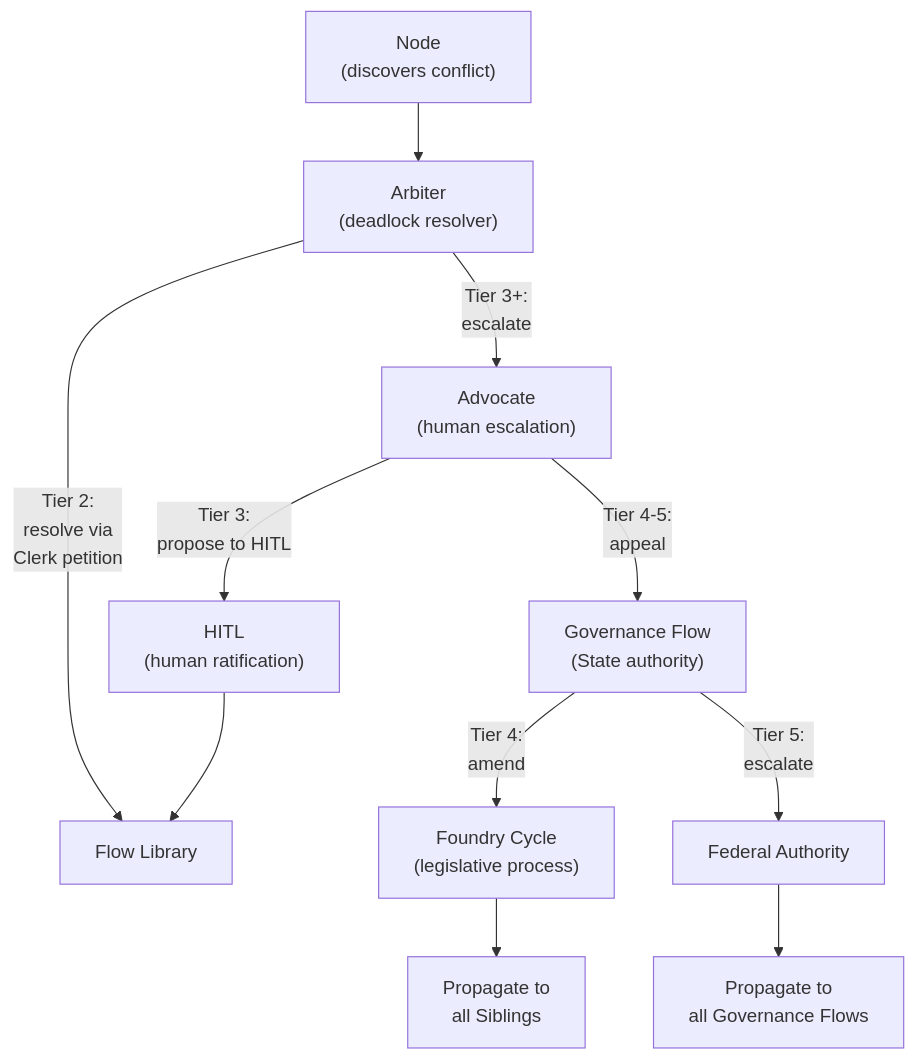
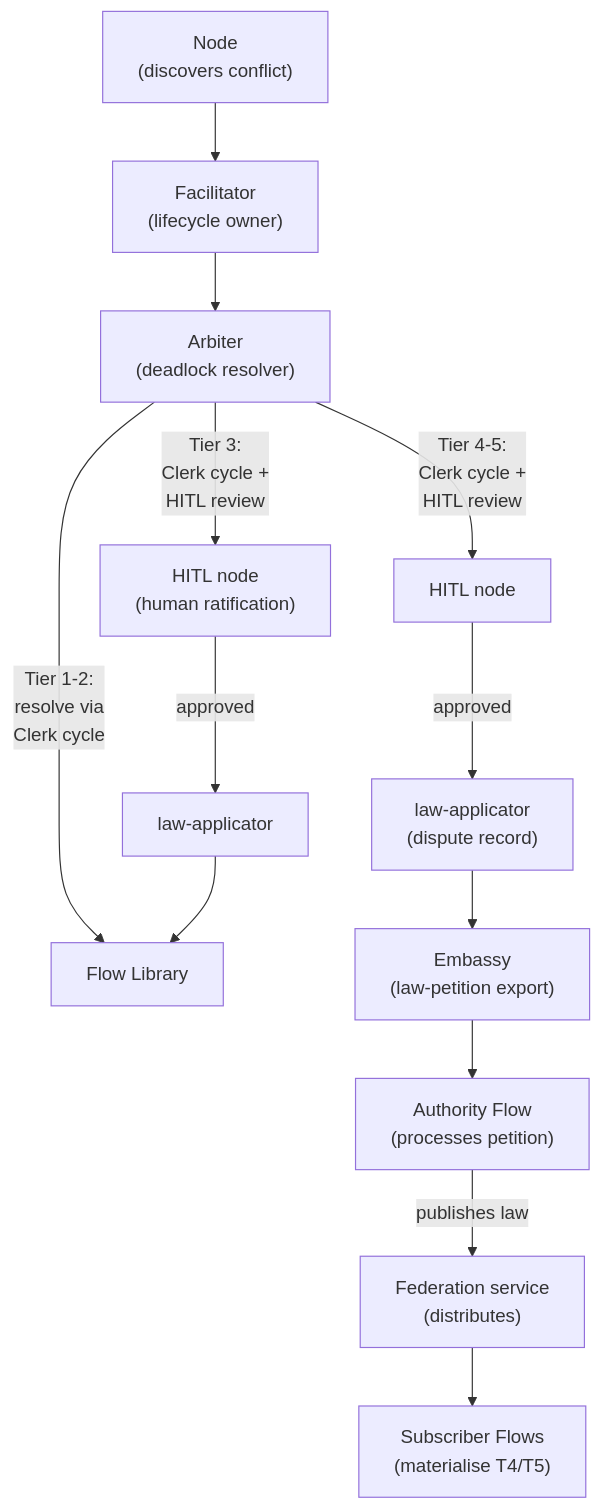
One commit to really-knows-ai/gideas changed the second of 2 diagrams in specs/01-concepts/04-governance.md. Above: the diagram before and after it, drawn with Mermaid. The commit also changed other lines of this file and 28 other files, not shown here.

First line of the commit message:
docs: rewrite Phase 10 specs for Embassy and Federation

````diff
--- a/specs/01-concepts/04-governance.md
+++ b/specs/01-concepts/04-governance.md
@@ -256,13 +186,15 @@
 ```mermaid
 flowchart TD
-    Node["Node<br/>(discovers conflict)"] --> Arbiter["Arbiter<br/>(deadlock resolver)"]
-    Arbiter -->|"Tier 2:<br/>resolve via<br/>Clerk petition"| Library["Flow Library"]
-    Arbiter -->|"Tier 3+:<br/>escalate"| Advocate["Advocate<br/>(human escalation)"]
-    Advocate -->|"Tier 3:<br/>propose to HITL"| HITL["HITL<br/>(human ratification)"]
-    HITL --> Library
-    Advocate -->|"Tier 4-5:<br/>appeal"| GovFlow["Governance Flow<br/>(State authority)"]
-    GovFlow -->|"Tier 4:<br/>amend"| GovCycle["Foundry Cycle<br/>(legislative process)"]
-    GovCycle --> Propagate["Propagate to<br/>all Siblings"]
-    GovFlow -->|"Tier 5:<br/>escalate"| Federal["Federal Authority"]
-    Federal --> FedPropagate["Propagate to<br/>all Governance Flows"]
+    Node["Node<br/>(discovers conflict)"] --> Facilitator["Facilitator<br/>(lifecycle owner)"]
+    Facilitator --> Arbiter["Arbiter<br/>(deadlock resolver)"]
+    Arbiter -->|"Tier 1-2:<br/>resolve via<br/>Clerk cycle"| Library["Flow Library"]
+    Arbiter -->|"Tier 3:<br/>Clerk cycle +<br/>HITL review"| HITL["HITL node<br/>(human ratification)"]
+    HITL -->|"approved"| LA["law-applicator"]
+    LA --> Library
+    Arbiter -->|"Tier 4-5:<br/>Clerk cycle +<br/>HITL review"| HITL2["HITL node"]
+    HITL2 -->|"approved"| LA2["law-applicator<br/>(dispute record)"]
+    LA2 --> Embassy["Embassy<br/>(law-petition export)"]
+    Embassy --> Authority["Authority Flow<br/>(processes petition)"]
+    Authority -->|"publishes law"| FedSvc["Federation service<br/>(distributes)"]
+    FedSvc --> Subscribers["Subscriber Flows<br/>(materialise T4/T5)"]
 ```
````
